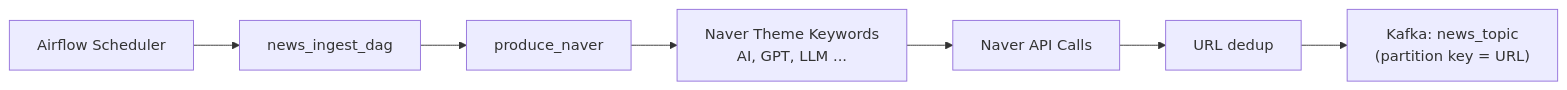
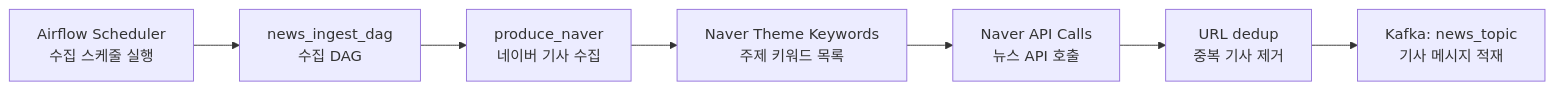
Before and after one commit to yeongmin-yu/news-trend-pipeline-dev: the first of 2 diagrams in docs/STEP2_PROCESSING_IMPLEMENTATION.md, drawn with Mermaid. The commit also changed other lines of this file, not shown here.

Commit message:
docs: add korean labels to pipeline diagrams

````diff
--- a/docs/STEP2_PROCESSING_IMPLEMENTATION.md
+++ b/docs/STEP2_PROCESSING_IMPLEMENTATION.md
@@ -11,9 +11,9 @@
 ```mermaid
 flowchart LR
-    A["Airflow Scheduler"] --> B["news_ingest_dag"]
-    B --> C["produce_naver"]
-    C --> D["Naver Theme Keywords<br/>AI, GPT, LLM ..."]
-    D --> E["Naver API Calls"]
-    E --> F["URL dedup"]
-    F --> G["Kafka: news_topic<br/>(partition key = URL)"]
+    A["Airflow Scheduler<br/>수집 스케줄 실행"] --> B["news_ingest_dag<br/>수집 DAG"]
+    B --> C["produce_naver<br/>네이버 기사 수집"]
+    C --> D["Naver Theme Keywords<br/>주제 키워드 목록"]
+    D --> E["Naver API Calls<br/>뉴스 API 호출"]
+    E --> F["URL dedup<br/>중복 기사 제거"]
+    F --> G["Kafka: news_topic<br/>기사 메시지 적재"]
 ```
````
